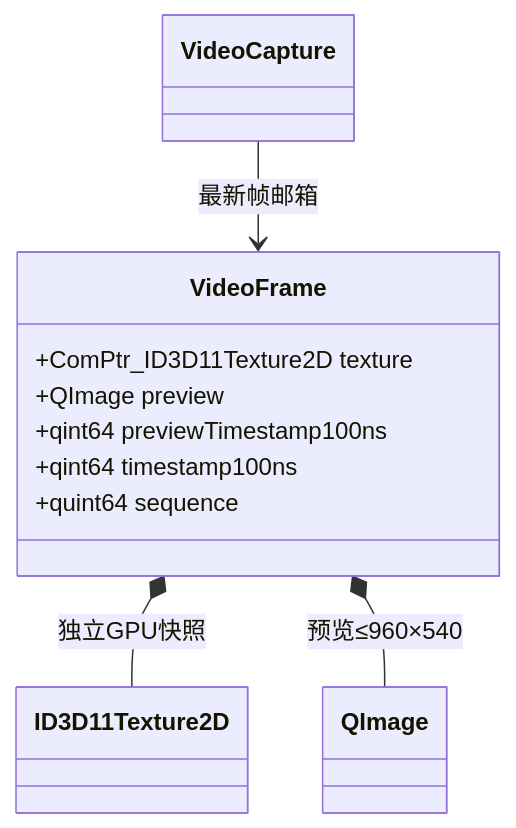
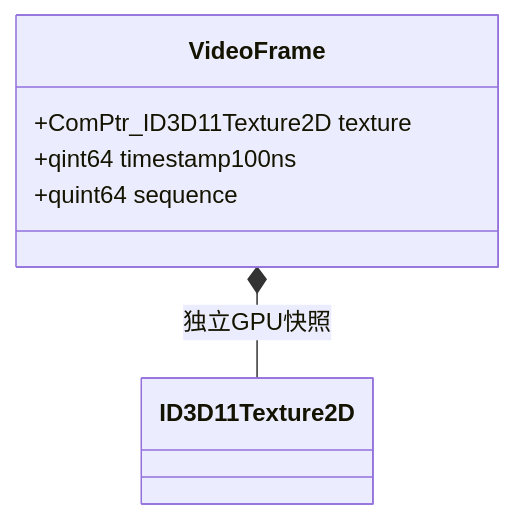
One commit to kingsman-svg/OBS changed the diagram in docs/uml/VideoFrame.mmd. Above: the diagram before and after it, drawn with Mermaid. The commit also changed 59 other files, not shown here.

Commit message:
feat: render capture preview with D3D11 swap chain

```diff
--- a/docs/uml/VideoFrame.mmd
+++ b/docs/uml/VideoFrame.mmd
@@ -1,11 +1,7 @@
 classDiagram
 class VideoFrame {
   +ComPtr_ID3D11Texture2D texture
-  +QImage preview
-  +qint64 previewTimestamp100ns
   +qint64 timestamp100ns
   +quint64 sequence
 }
 VideoFrame *-- ID3D11Texture2D : 独立GPU快照
-VideoFrame *-- QImage : 预览≤960×540
-VideoCapture --> VideoFrame : 最新帧邮箱
```
